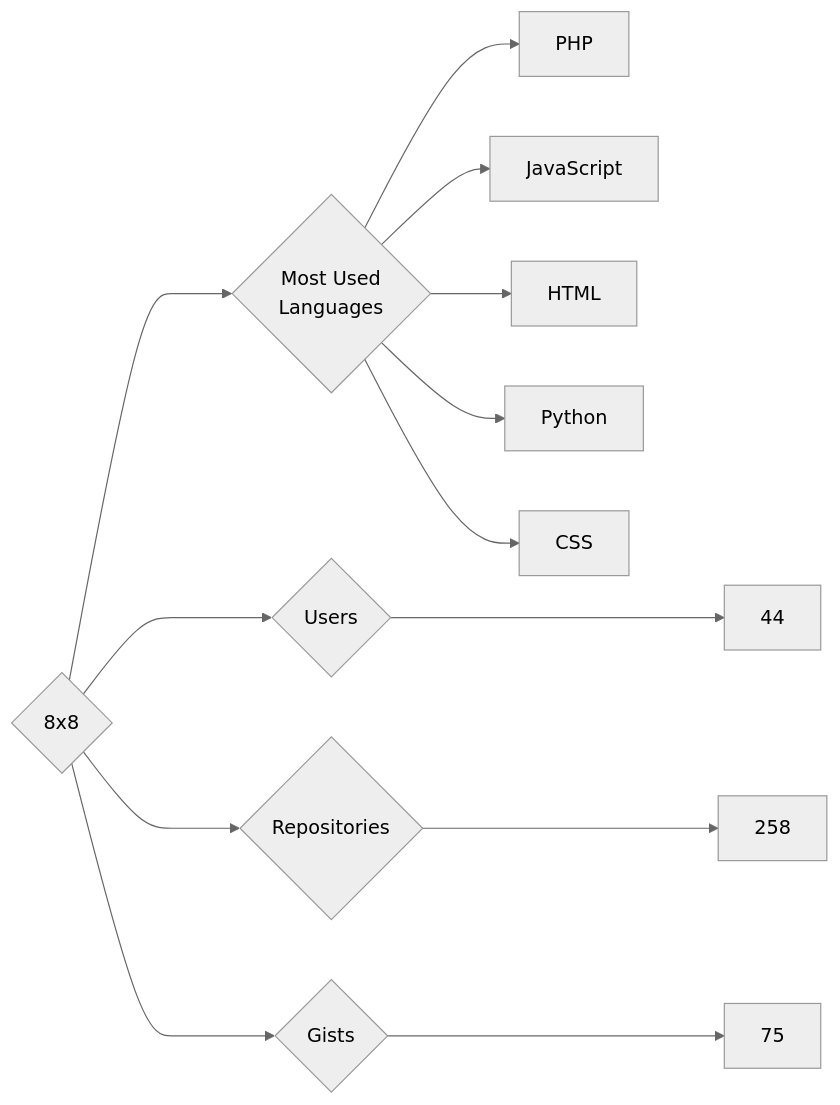
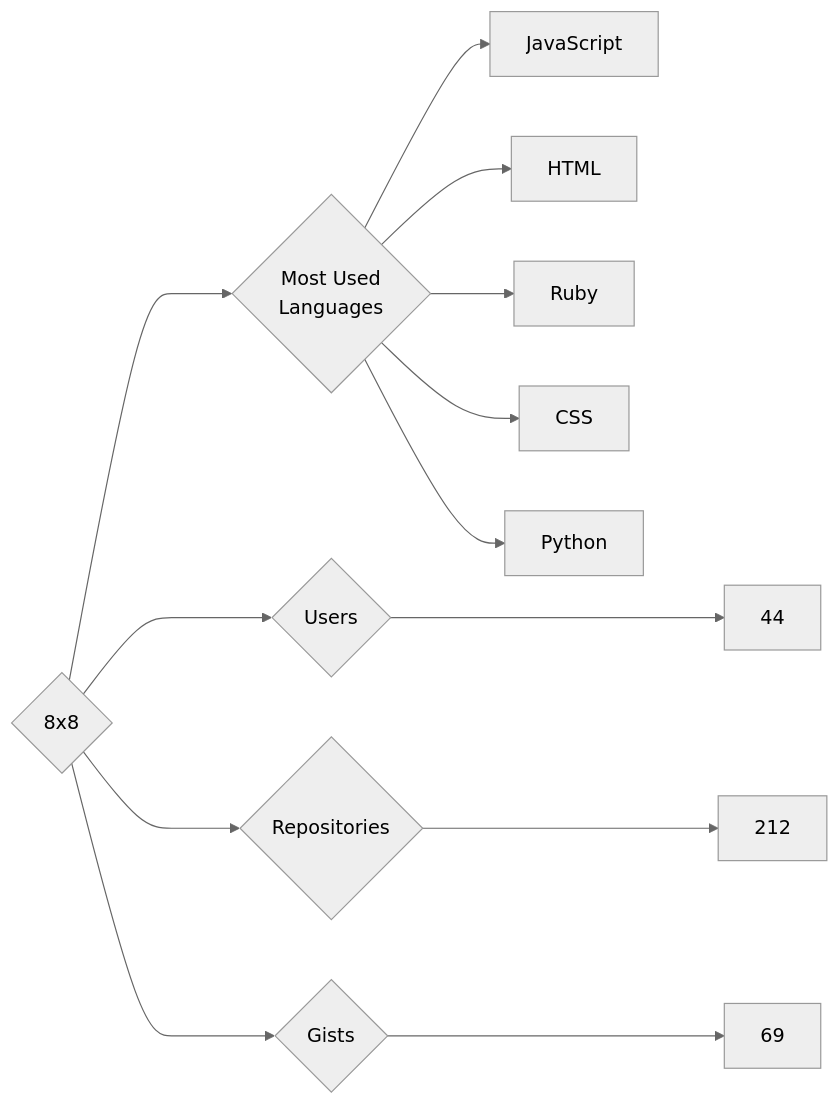
Before and after one commit to trickest/insiders: the diagram in targets/8x8/README.md, drawn with Mermaid (neutral theme). The commit also changed 553 other files, not shown here.

````diff
--- a/targets/8x8/README.md
+++ b/targets/8x8/README.md
@@ -3,13 +3,13 @@
 ```mermaid
 graph LR
 COMPANY_NAME{8x8}
 COMPANY_NAME ---> U{Users} ---> UN[44]
-COMPANY_NAME ---> R{Repositories} ---> RN[258]
-COMPANY_NAME ---> G{Gists} ---> GN[75]
+COMPANY_NAME ---> R{Repositories} ---> RN[212]
+COMPANY_NAME ---> G{Gists} ---> GN[69]
 COMPANY_NAME ---> ML{Most Used<br>Languages}
-ML --> PHP[PHP]
 ML --> JavaScript[JavaScript]
 ML --> HTML[HTML]
+ML --> Ruby[Ruby]
+ML --> CSS[CSS]
 ML --> Python[Python]
-ML --> CSS[CSS]
 ```
````
